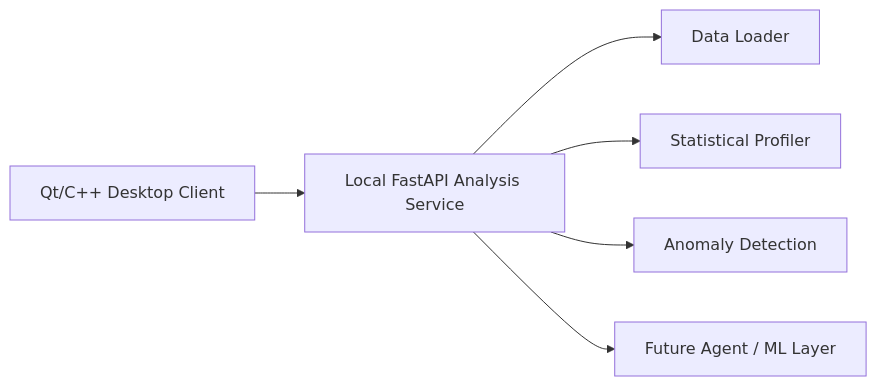
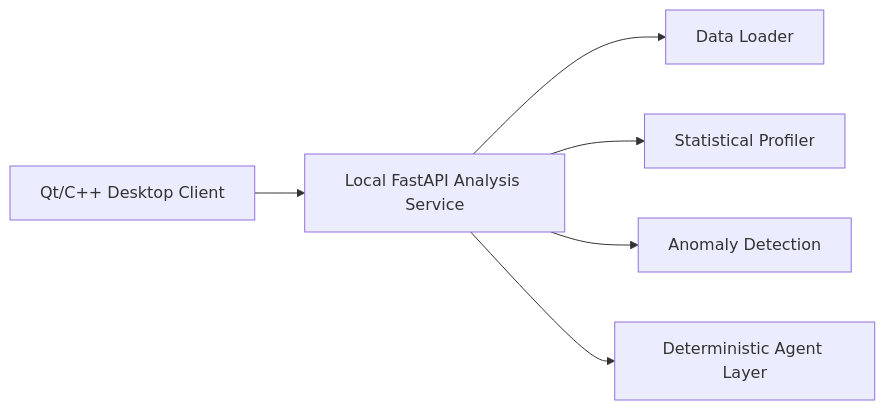
The second of 2 diagrams in README.md (Phoenix0531-sudo/TablePilot), drawn with Mermaid before and after one commit. The commit also changed other lines of this file and 9 other files, not shown here.

````diff
--- a/README.md
+++ b/README.md
@@ -128,8 +148,8 @@
 ```mermaid
 flowchart LR
     A["Qt/C++ Desktop Client"] --> B["Local FastAPI Analysis Service"]
     B --> C["Data Loader"]
     B --> D["Statistical Profiler"]
     B --> E["Anomaly Detection"]
-    B --> F["Future Agent / ML Layer"]
+    B --> F["Deterministic Agent Layer"]
 ```
````
